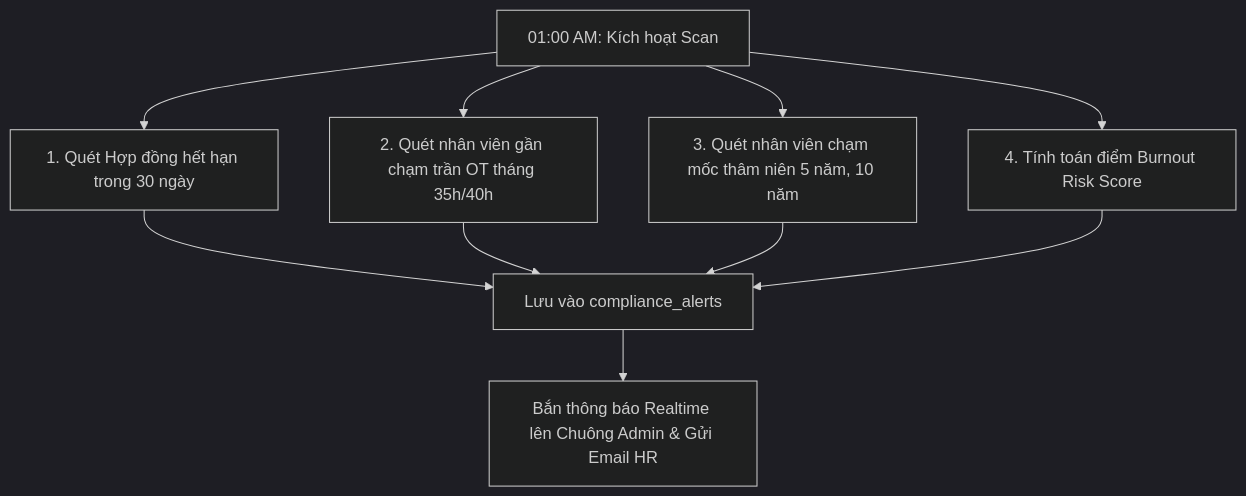
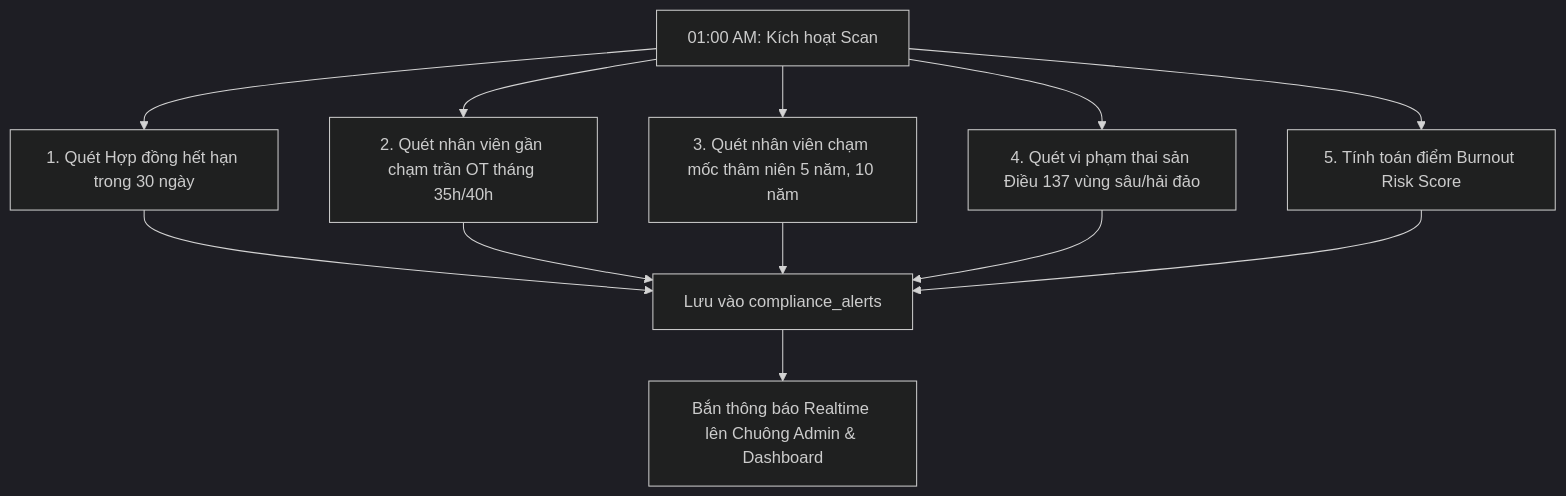
Before and after one commit to hungpd9/smartHr: the second of 2 diagrams in docs/modules/08_compliance_reporting.md, drawn with Mermaid (dark theme). The commit also changed other lines of this file and 107 other files, not shown here.

````diff
--- a/docs/modules/08_compliance_reporting.md
+++ b/docs/modules/08_compliance_reporting.md
@@ -81,9 +90,10 @@
 ```mermaid
 flowchart TD
     Start[01:00 AM: Kích hoạt Scan] --> C1[1. Quét Hợp đồng hết hạn trong 30 ngày]
     Start --> C2[2. Quét nhân viên gần chạm trần OT tháng 35h/40h]
     Start --> C3[3. Quét nhân viên chạm mốc thâm niên 5 năm, 10 năm]
-    Start --> C4[4. Tính toán điểm Burnout Risk Score]
-    C1 & C2 & C3 & C4 --> SaveAlerts[Lưu vào compliance_alerts]
-    SaveAlerts --> PushNotif[Bắn thông báo Realtime lên Chuông Admin & Gửi Email HR]
+    Start --> C4[4. Quét vi phạm thai sản Điều 137 vùng sâu/hải đảo]
+    Start --> C5[5. Tính toán điểm Burnout Risk Score]
+    C1 & C2 & C3 & C4 & C5 --> SaveAlerts[Lưu vào compliance_alerts]
+    SaveAlerts --> PushNotif[Bắn thông báo Realtime lên Chuông Admin & Dashboard]
 ```
````
